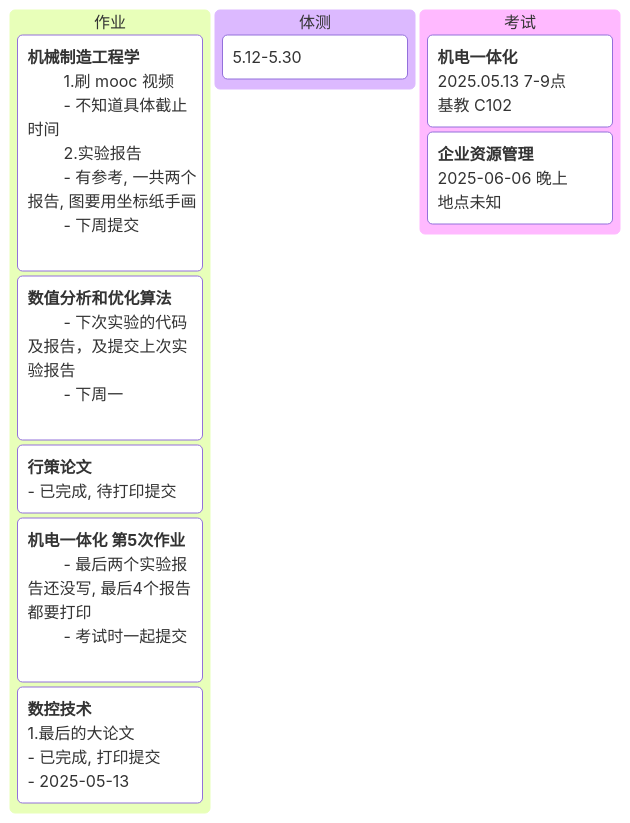
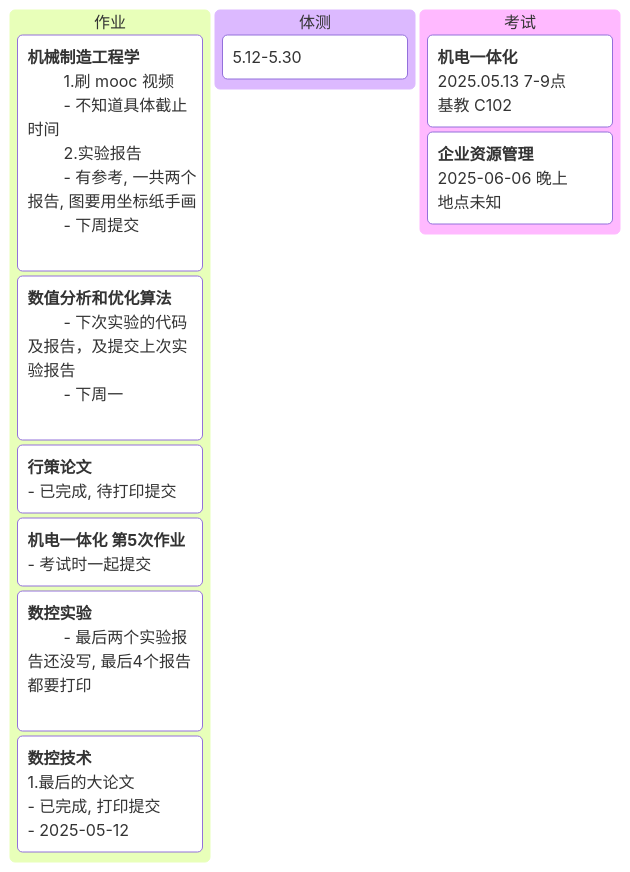
Before and after one commit to Sophomoresty/obsidian-notes: the second of 3 diagrams in 日记/2025-05-08.md, drawn with Mermaid. The commit also changed other lines of this file, not shown here.

````diff
--- a/日记/2025-05-08.md
+++ b/日记/2025-05-08.md
@@ -67,39 +69,41 @@
 ```mermaid
 kanban
 [作业]
 	[**机械制造工程学**
 	1.刷 mooc 视频
 	- 不知道具体截止时间
 	2.实验报告
 	- 有参考, 一共两个报告, 图要用坐标纸手画
 	- 下周提交
 	]
 	
 	[**数值分析和优化算法**
 	- 下次实验的代码及报告，及提交上次实验报告
 	- 下周一
 	]
 	[**行策论文**
 	- 已完成, 待打印提交
 	]
 	
 	[**机电一体化 第5次作业**
+	- 考试时一起提交
+	]
+	[**数控实验**
 	- 最后两个实验报告还没写, 最后4个报告都要打印
-	- 考试时一起提交
 	]
 	
 	[**数控技术**
 	1.最后的大论文
 	- 已完成, 打印提交
-	- 2025-05-13]
+	- 2025-05-12]
 [体测]
 	[5.12-5.30]
 [考试]
 	[**机电一体化**
 	2025.05.13 7-9点
 	基教 C102
 	]
 	[**企业资源管理**
 	2025-06-06 晚上
 	地点未知]
 ```
````
